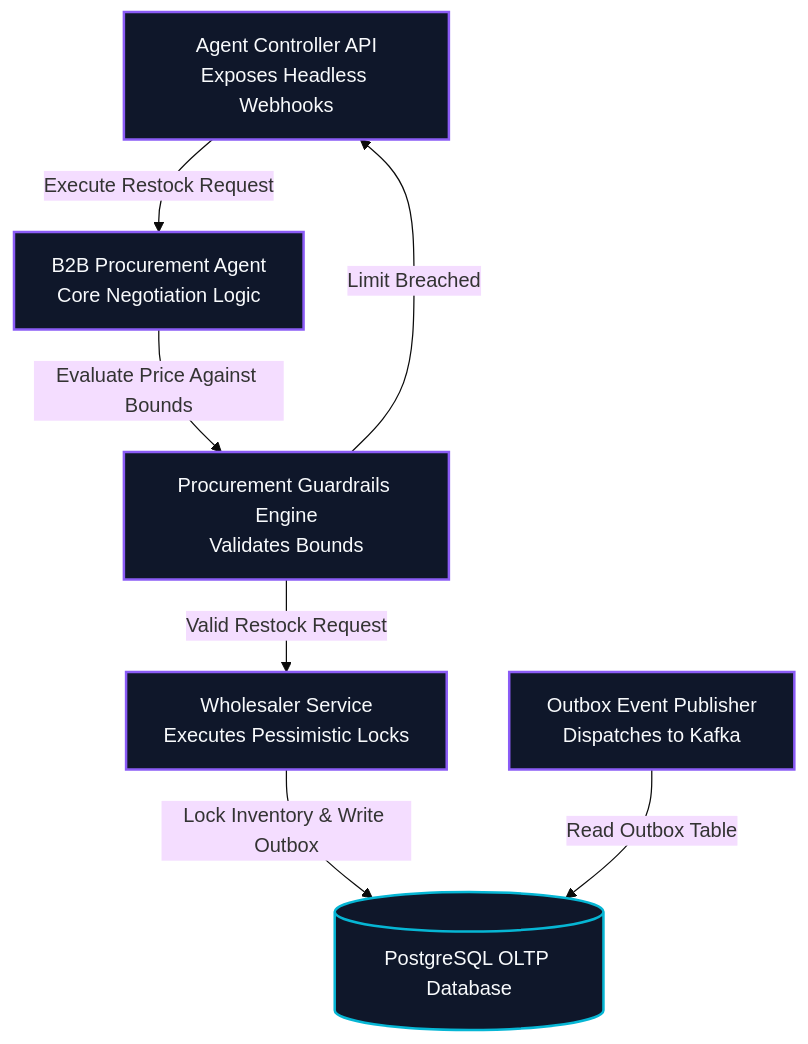
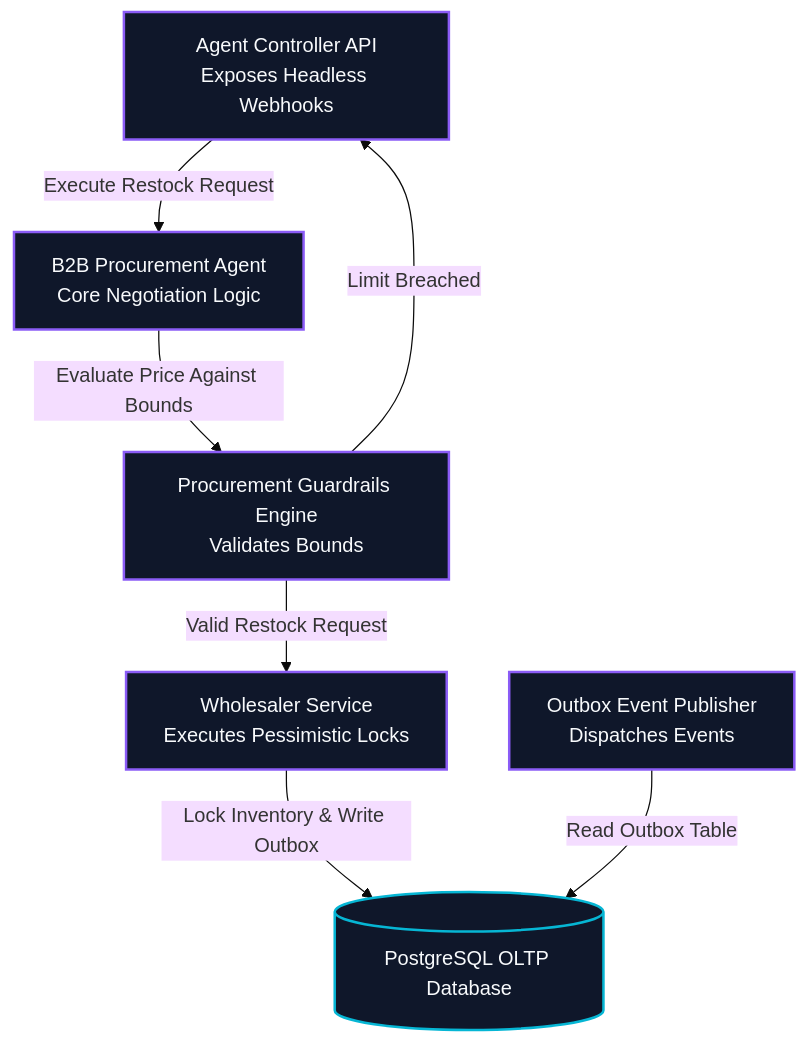
The third of 3 diagrams in high_level_design.md (Muneeb7860/Swish_App), drawn with Mermaid (base theme) before and after one commit. The commit also changed other lines of this file and 2 other files, not shown here.

Commit message:
Hardening: Remove remaining Kafka configurations and update HLD/LLD architecture diagrams

````diff
--- a/high_level_design.md
+++ b/high_level_design.md
@@ -300,20 +293,20 @@
 ```mermaid
 graph TB
   classDef component fill:#0f172a,stroke:#8b5cf6,stroke-width:2px,color:#f8fafc;
   classDef store fill:#0f172a,stroke:#06b6d4,stroke-width:2px,color:#f8fafc;
 
   AgentController[Agent Controller API<br>Exposes Headless Webhooks]:::component
   ProcAgent[B2B Procurement Agent<br>Core Negotiation Logic]:::component
   Guardrails[Procurement Guardrails Engine<br>Validates Bounds]:::component
   WholesalerSrv[Wholesaler Service<br>Executes Pessimistic Locks]:::component
-  OutboxPublisher[Outbox Event Publisher<br>Dispatches to Kafka]:::component
+  OutboxPublisher[Outbox Event Publisher<br>Dispatches Events]:::component
 
   Postgres[(PostgreSQL OLTP Database)]:::store
 
   AgentController -->|Execute Restock Request| ProcAgent
   ProcAgent -->|Evaluate Price Against Bounds| Guardrails
   Guardrails -->|Valid Restock Request| WholesalerSrv
   Guardrails -->|Limit Breached| AgentController
   WholesalerSrv -->|Lock Inventory & Write Outbox| Postgres
   OutboxPublisher -->|Read Outbox Table| Postgres
 ```
````
